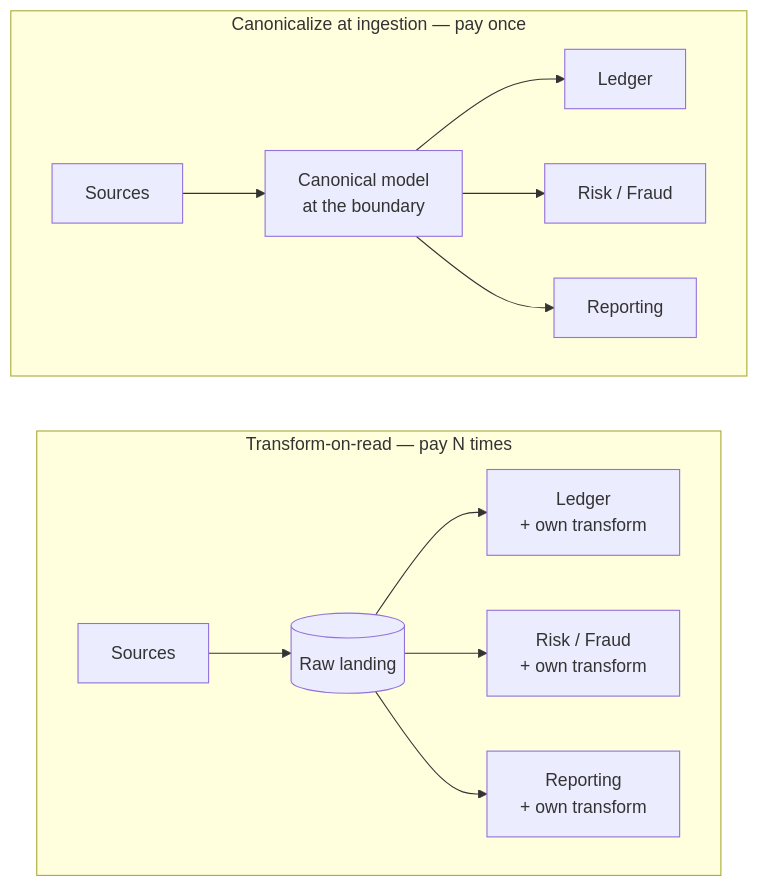
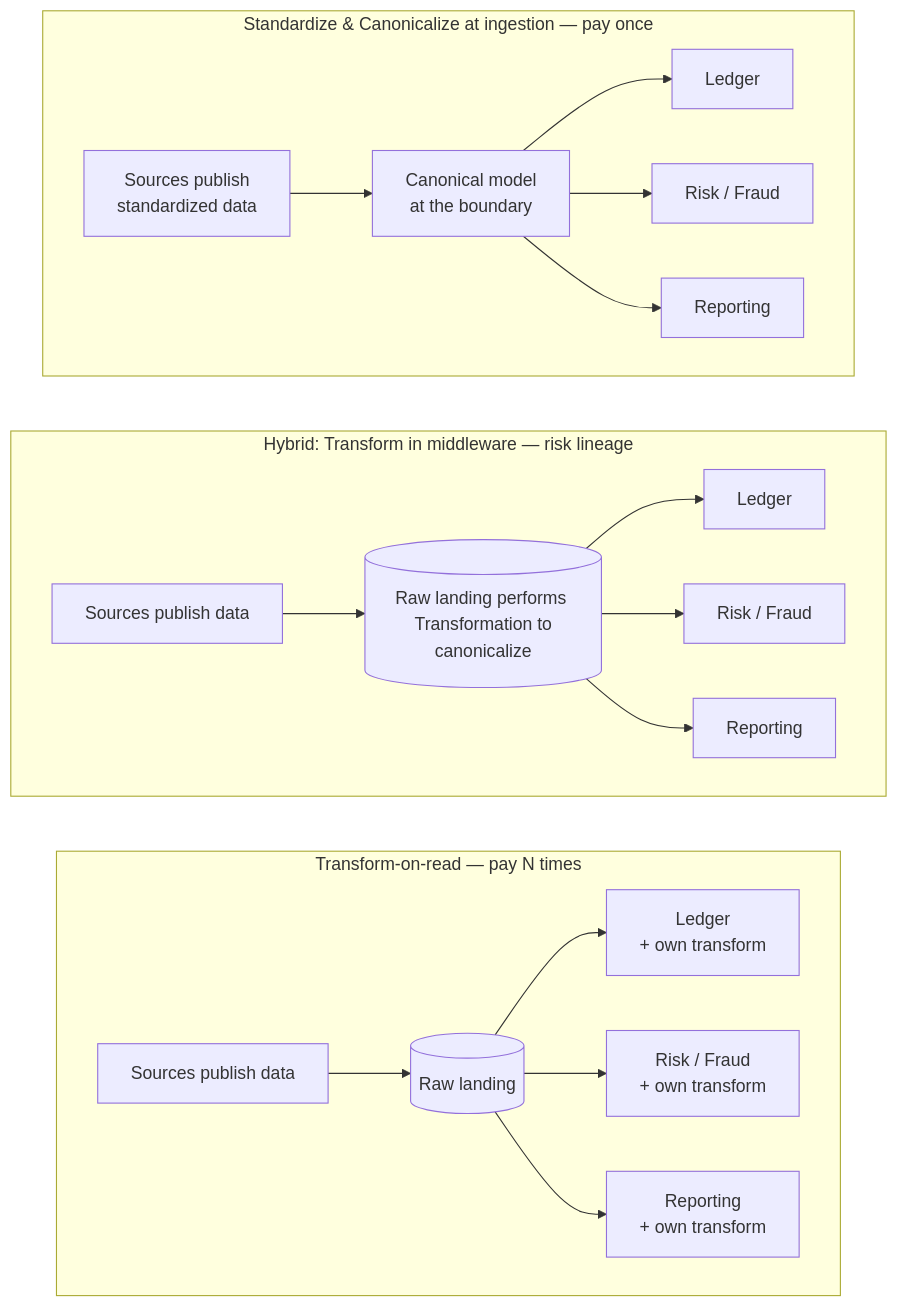
Before and after one commit to raghavarora12/engineering-playbook: the diagram in adrs/001-canonical-data-model-at-ingestion.md, drawn with Mermaid. The commit also changed other lines of this file and 8 other files, not shown here.

````diff
--- a/adrs/001-canonical-data-model-at-ingestion.md
+++ b/adrs/001-canonical-data-model-at-ingestion.md
@@ -42,17 +71,24 @@
 ```mermaid
 flowchart LR
-    subgraph B["Transform-on-read — pay N times"]
+    subgraph C["Transform-on-read — pay N times"]
         direction LR
-        S2[Sources] --> R[("Raw landing")]
-        R --> b1["Ledger<br/>+ own transform"]
-        R --> b2["Risk / Fraud<br/>+ own transform"]
-        R --> b3["Reporting<br/>+ own transform"]
+        S2[Sources publish data] --> R[("Raw landing")]
+        R --> c1["Ledger<br/>+ own transform"]
+        R --> c2["Risk / Fraud<br/>+ own transform"]
+        R --> c3["Reporting<br/>+ own transform"]
     end
-    subgraph A["Canonicalize at ingestion — pay once"]
+    subgraph B["Hybrid: Transform in middleware — risk lineage"]
         direction LR
-        S1[Sources] --> C["Canonical model<br/>at the boundary"]
-        C --> a1[Ledger]
-        C --> a2["Risk / Fraud"]
-        C --> a3[Reporting]
+        S3[Sources publish data] --> H[("Raw landing performs <br/> Transformation to canonicalize")]
+        H --> b1["Ledger"]
+        H --> b2["Risk / Fraud"]
+        H --> b3["Reporting"]
+    end
+    subgraph A["Standardize & Canonicalize at ingestion — pay once"]
+        direction LR
+        S1[Sources publish<br/> standardized data] --> M["Canonical model<br/>at the boundary"]
+        M --> a1[Ledger]
+        M --> a2["Risk / Fraud"]
+        M --> a3[Reporting]
     end
 ```
````
